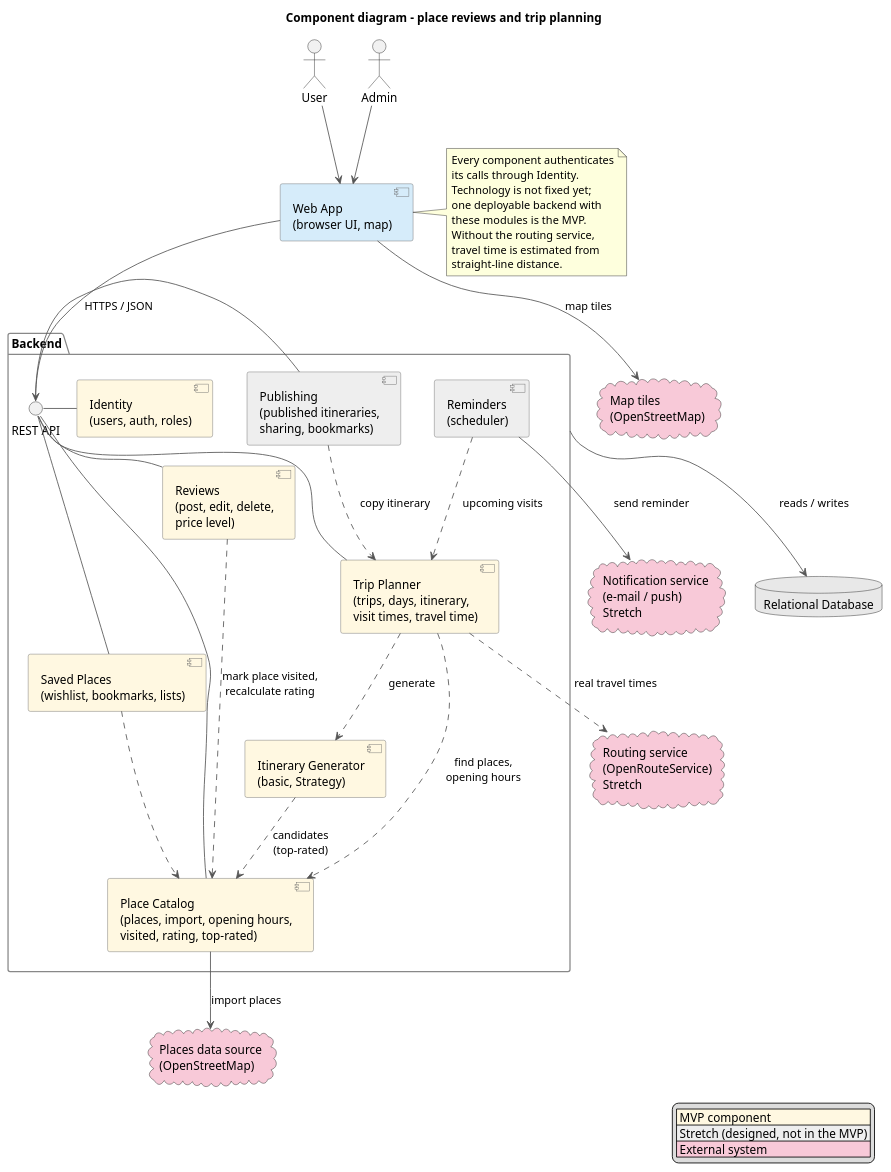
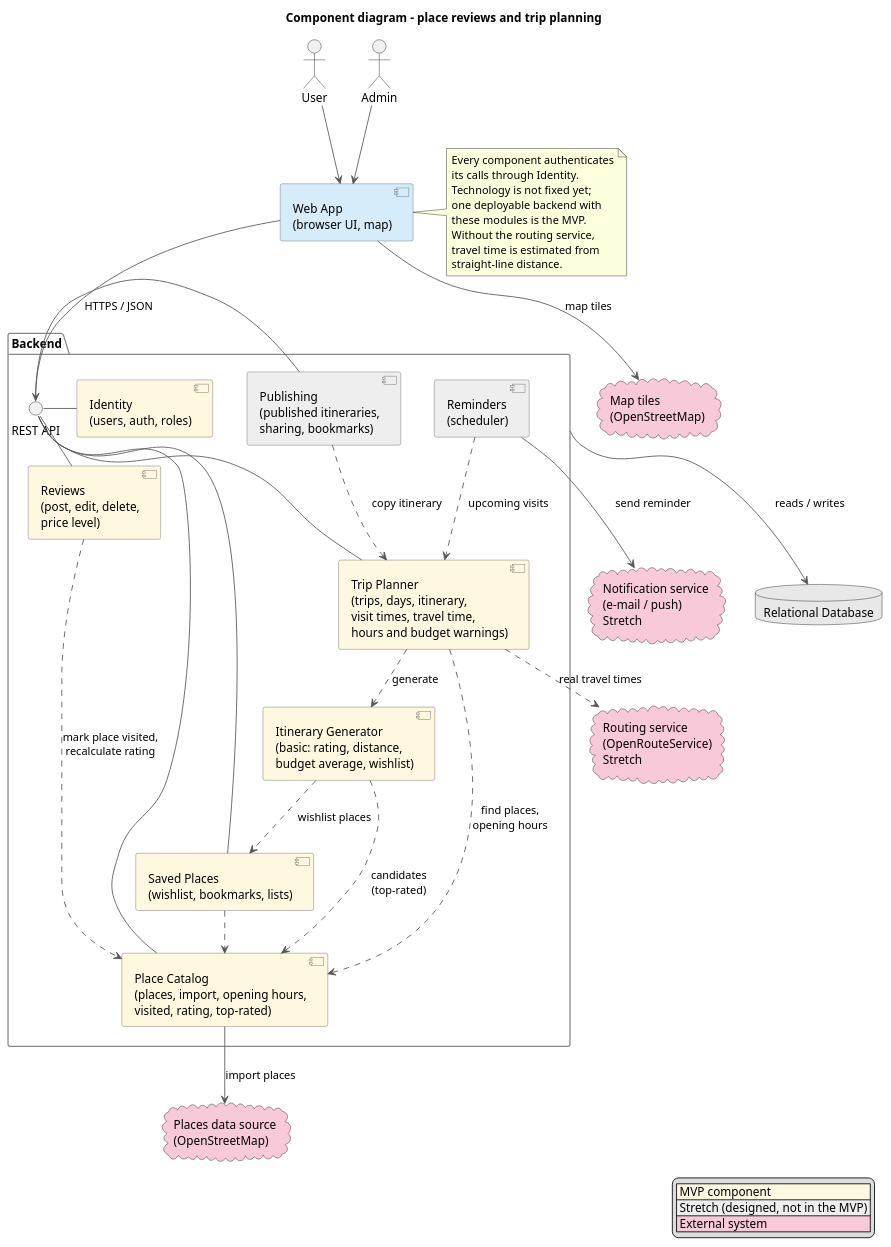
Before and after one commit to MESW-LES-2627/les-project-group-7: the diagram in docs/design/component-diagram.puml, drawn with PlantUML. The commit also changed 8 other files, not shown here.

```diff
--- a/docs/design/component-diagram.puml
+++ b/docs/design/component-diagram.puml
@@ -1,82 +1,83 @@
 @startuml component-diagram
 title Component diagram – place reviews and trip planning
 skinparam shadowing false
 skinparam componentStyle uml2
 skinparam nodesep 40
 skinparam ranksep 50
 skinparam ArrowColor #555555
 skinparam component {
   BackgroundColor #FFF8E1
   BorderColor #666666
 }
 skinparam package {
   BorderColor #888888
 }
 
 legend right
   |<#FFF8E1> MVP component |
   |<#EEEEEE> Stretch (designed, not in the MVP) |
   |<#F8C9D8> External system |
 endlegend
 
 actor "User" as user
 actor "Admin" as admin
 
 component "Web App\n(browser UI, map)" as web #D6ECFA
 
 package "Backend" as backend {
   interface "REST API" as api
 
   component "Identity\n(users, auth, roles)" as identity
   component "Place Catalog\n(places, import, opening hours,\nvisited, rating, top-rated)" as catalog
   component "Reviews\n(post, edit, delete,\nprice level)" as reviews
   component "Saved Places\n(wishlist, bookmarks, lists)" as saved
-  component "Trip Planner\n(trips, days, itinerary,\nvisit times, travel time)" as planner
-  component "Itinerary Generator\n(basic, Strategy)" as generator
+  component "Trip Planner\n(trips, days, itinerary,\nvisit times, travel time,\nhours and budget warnings)" as planner
+  component "Itinerary Generator\n(basic: rating, distance,\nbudget average, wishlist)" as generator
   component "Publishing\n(published itineraries,\nsharing, bookmarks)" as publishing #EEEEEE
   component "Reminders\n(scheduler)" as reminders #EEEEEE
 }
 
 database "Relational Database" as db #E8E8E8
 
 cloud "Places data source\n(OpenStreetMap)" as places #F8C9D8
 cloud "Map tiles\n(OpenStreetMap)" as tiles #F8C9D8
 cloud "Routing service\n(OpenRouteService)\nStretch" as routing #F8C9D8
 cloud "Notification service\n(e-mail / push)\nStretch" as notif #F8C9D8
 
 user --> web
 admin --> web
 web --> api : HTTPS / JSON
 web --> tiles : map tiles
 api - identity
 api - catalog
 api - reviews
 api - saved
 api - planner
 api - publishing
 
 reviews ..> catalog : mark place visited,\nrecalculate rating
 saved ..> catalog
 planner ..> catalog : find places,\nopening hours
 planner ..> generator : generate
 generator ..> catalog : candidates\n(top-rated)
+generator ..> saved : wishlist places
 publishing ..> planner : copy itinerary
 reminders ..> planner : upcoming visits
 
 catalog --> places : import places
 planner ..> routing : real travel times
 reminders --> notif : send reminder
 
 backend --> db : reads / writes
 
 note right of web
   Every component authenticates
   its calls through Identity.
   Technology is not fixed yet;
   one deployable backend with
   these modules is the MVP.
   Without the routing service,
   travel time is estimated from
   straight-line distance.
 end note
 @enduml
```
